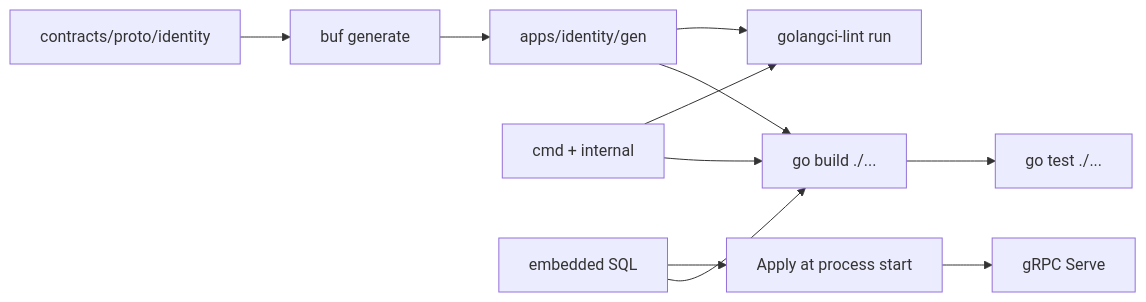
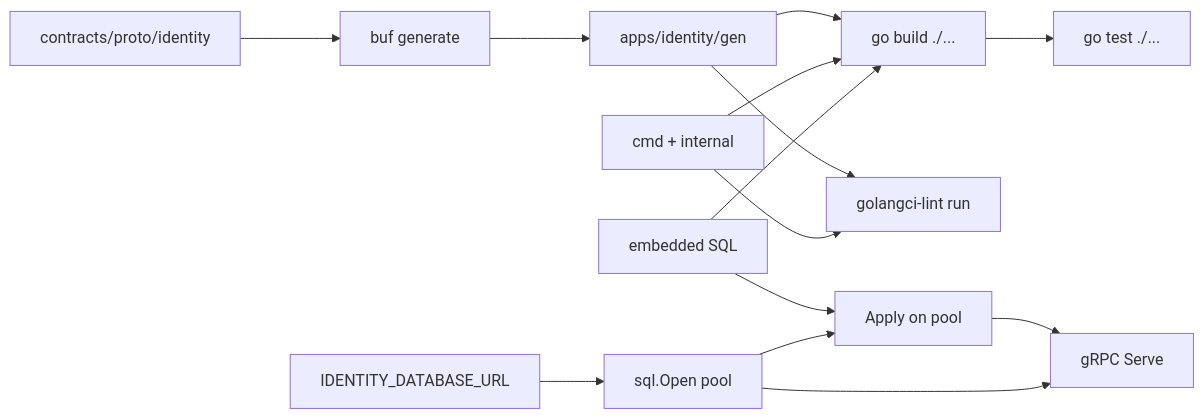
Before and after one commit to Solguficky/solguficky-hub: the first of 2 diagrams in docs/learning/go/service-layout.md, drawn with Mermaid. The commit also changed other lines of this file and 26 other files, not shown here.

````diff
--- a/docs/learning/go/service-layout.md
+++ b/docs/learning/go/service-layout.md
@@ -139,13 +192,16 @@
 ```mermaid
 flowchart LR
   proto["contracts/proto/identity"] --> buf["buf generate"]
   buf --> gen["apps/identity/gen"]
   gen --> build["go build ./..."]
   src["cmd + internal"] --> build
-  sql["embedded SQL"] --> build
+  sqlFiles["embedded SQL"] --> build
   build --> test["go test ./..."]
   gen --> lint["golangci-lint run"]
   src --> lint
-  sql --> migrate["Apply at process start"]
+  dsn["IDENTITY_DATABASE_URL"] --> pool["sql.Open pool"]
+  sqlFiles --> migrate["Apply on pool"]
+  pool --> migrate
   migrate --> listen["gRPC Serve"]
+  pool --> listen
 ```
````
